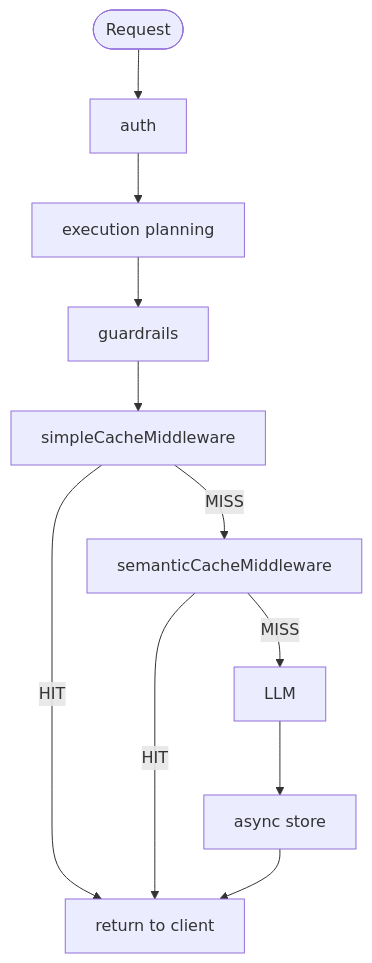
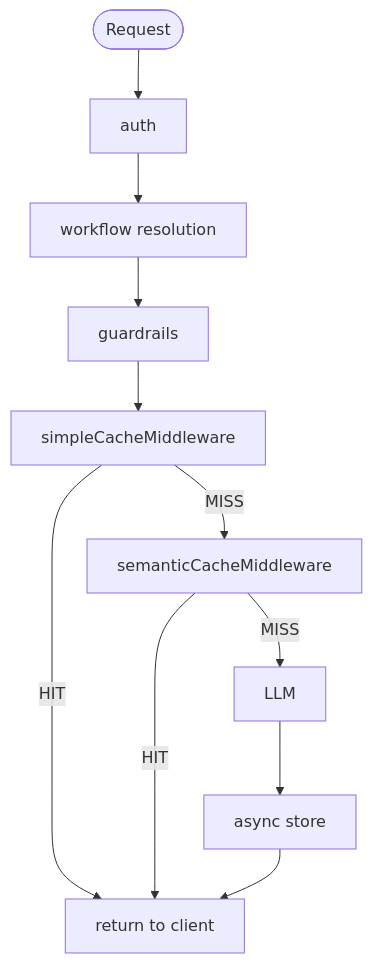
One commit to ENTERPILOT/GOModel changed the diagram in docs/adr/0006-semantic-response-cache.md. Above: the diagram before and after it, drawn with Mermaid. The commit also changed other lines of this file and 122 other files, not shown here.

````diff
--- a/docs/adr/0006-semantic-response-cache.md
+++ b/docs/adr/0006-semantic-response-cache.md
@@ -28,14 +28,14 @@
 ```mermaid
 flowchart TD
   Request([Request])
   Request --> auth[auth]
-  auth --> planning[execution planning]
-  planning --> guardrails[guardrails]
+  auth --> workflow_resolution[workflow resolution]
+  workflow_resolution --> guardrails[guardrails]
   guardrails --> exact[simpleCacheMiddleware]
   exact -->|HIT| ret[return to client]
   exact -->|MISS| semantic[semanticCacheMiddleware]
   semantic -->|HIT| ret
   semantic -->|MISS| LLM[LLM]
   LLM --> store[async store]
   store --> ret
 ```
````
